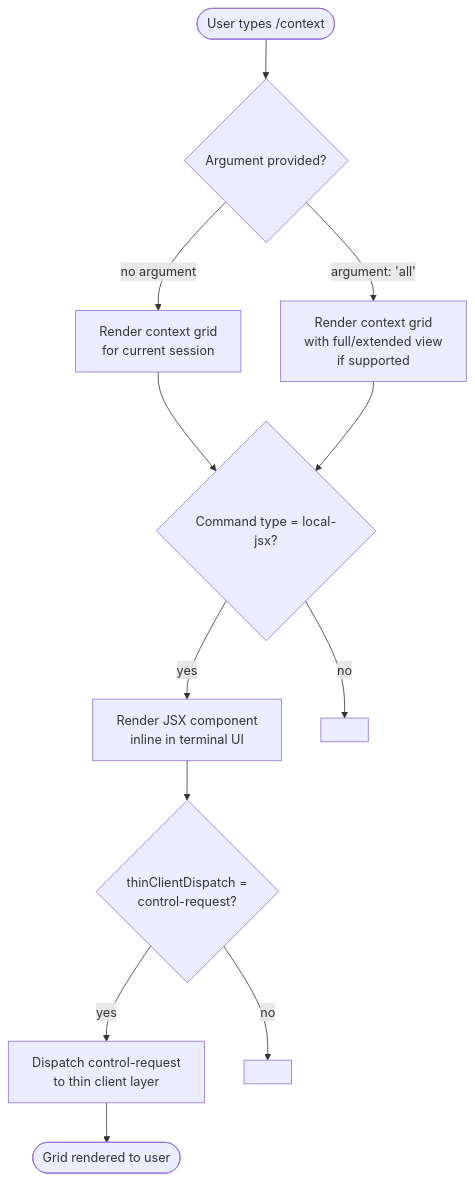
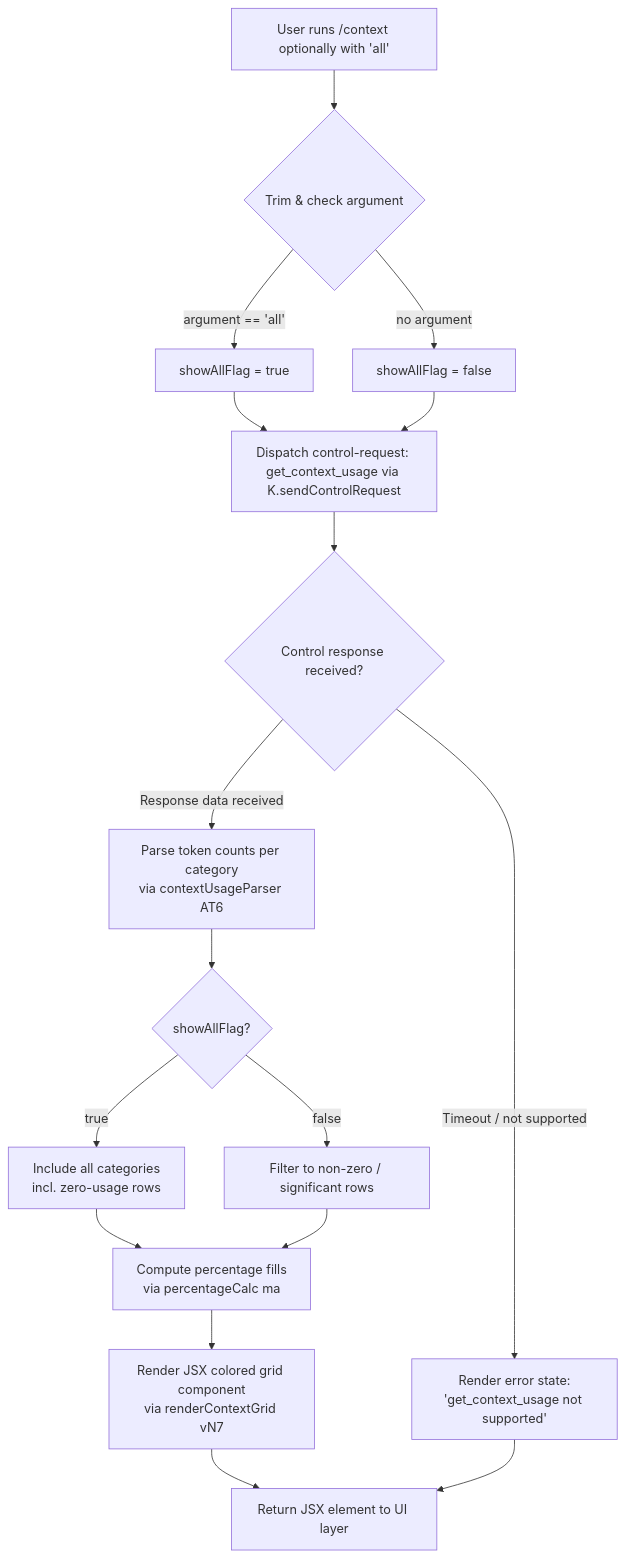
The diagram in versions/v2.1.147/context.md (MyLittleLuckyDog/cc-gnothi), drawn with Mermaid before and after one commit. The commit also changed other lines of this file and 496 other files, not shown here.

````diff
--- a/versions/v2.1.147/context.md
+++ b/versions/v2.1.147/context.md
@@ -48,14 +56,17 @@
 ```mermaid
 flowchart TD
-    A([User types /context]) --> B{Argument provided?}
-    B -- "no argument" --> C[Render context grid\nfor current session]
-    B -- "argument: 'all'" --> D[Render context grid\nwith full/extended view\nif supported]
-    C --> E{Command type = local-jsx?}
-    D --> E
-    E -- "yes" --> F[Render JSX component\ninline in terminal UI]
-    E -- "no" --> G[<!-- TODO: fallback path\nnot found in depth-2 traversal;\nneeds --depth 4 -->]
-    F --> H{thinClientDispatch =\ncontrol-request?}
-    H -- "yes" --> I[Dispatch control-request\nto thin client layer]
-    H -- "no" --> J[<!-- TODO: non-control-request\ndispatch path not found\nin depth-2 traversal;\nneeds --depth 4 -->]
-    I --> K([Grid rendered to user])
+    A[User runs /context optionally with 'all'] --> B{Trim & check argument}
+    B -->|argument == 'all'| C[showAllFlag = true]
+    B -->|no argument| D[showAllFlag = false]
+    C & D --> E[Dispatch control-request: get_context_usage via K.sendControlRequest]
+    E --> F{Control response received?}
+    F -->|Timeout / not supported| G[Render error state:\n'get_context_usage not supported']
+    F -->|Response data received| H[Parse token counts per category\nvia contextUsageParser AT6]
+    H --> I{showAllFlag?}
+    I -->|true| J[Include all categories\nincl. zero-usage rows]
+    I -->|false| K2[Filter to non-zero / significant rows]
+    J & K2 --> L[Compute percentage fills\nvia percentageCalc ma]
+    L --> M[Render JSX colored grid component\nvia renderContextGrid vN7]
+    M --> N[Return JSX element to UI layer]
+    G --> N
 ```
````
